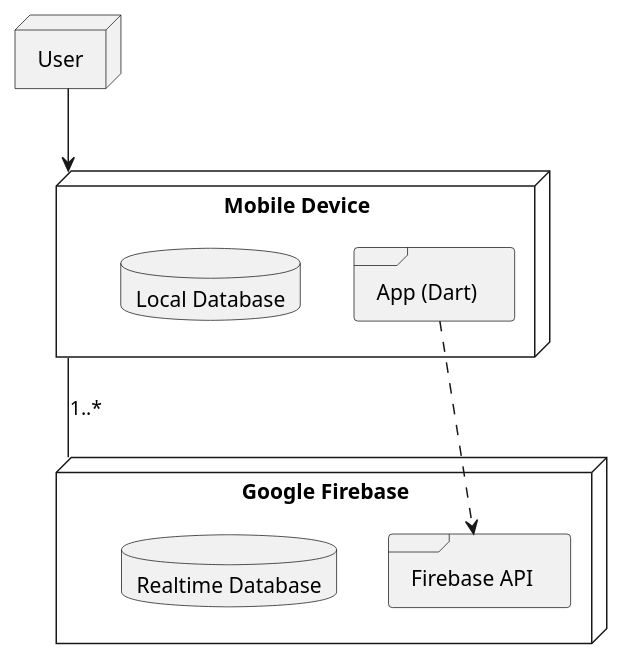
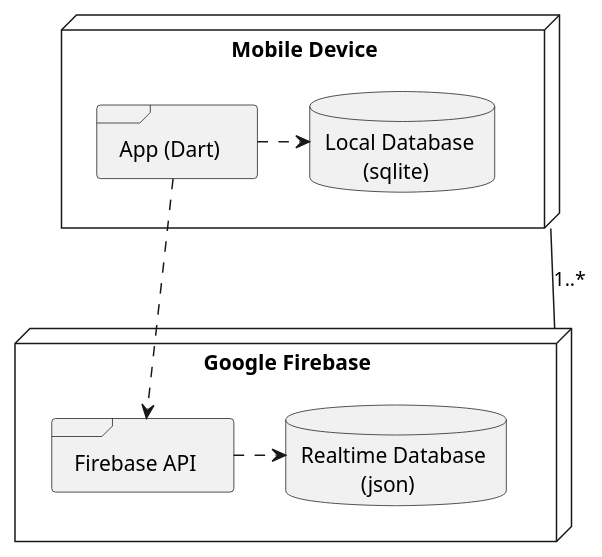
The diagram in assets/diagrams/physical/physical_architecture.wsd (YZ1GO/L.EIC017_ES_PRJ), drawn with PlantUML before and after one commit. The commit also changed 5 other files, not shown here.

Commit message:
changed 3 diagrams

```diff
--- a/assets/diagrams/physical/physical_architecture.wsd
+++ b/assets/diagrams/physical/physical_architecture.wsd
@@ -5,19 +5,18 @@
-@startuml
-
-node "User" as USER
+@startuml physical_architecture
 
 node "Mobile Device" as device {
     frame "App (Dart)" as app
-    database "Local Database" as localDB
+    database "Local Database \n       (sqlite)" as localDB
 }
 
 node "Google Firebase" as firebase {
     frame "Firebase API" as api
-    database "Realtime Database" as firebaseDB
+    database "Realtime Database \n           (json)" as firebaseDB
 }
 
-USER --> device
+app .> localDB
+api .> firebaseDB
 device -- firebase: 1..*
 app ..> api
 
 @enduml
```
